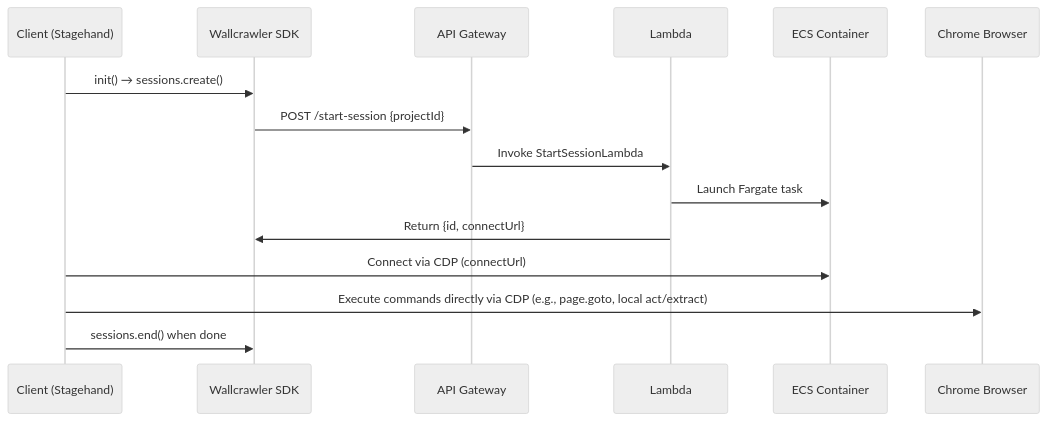
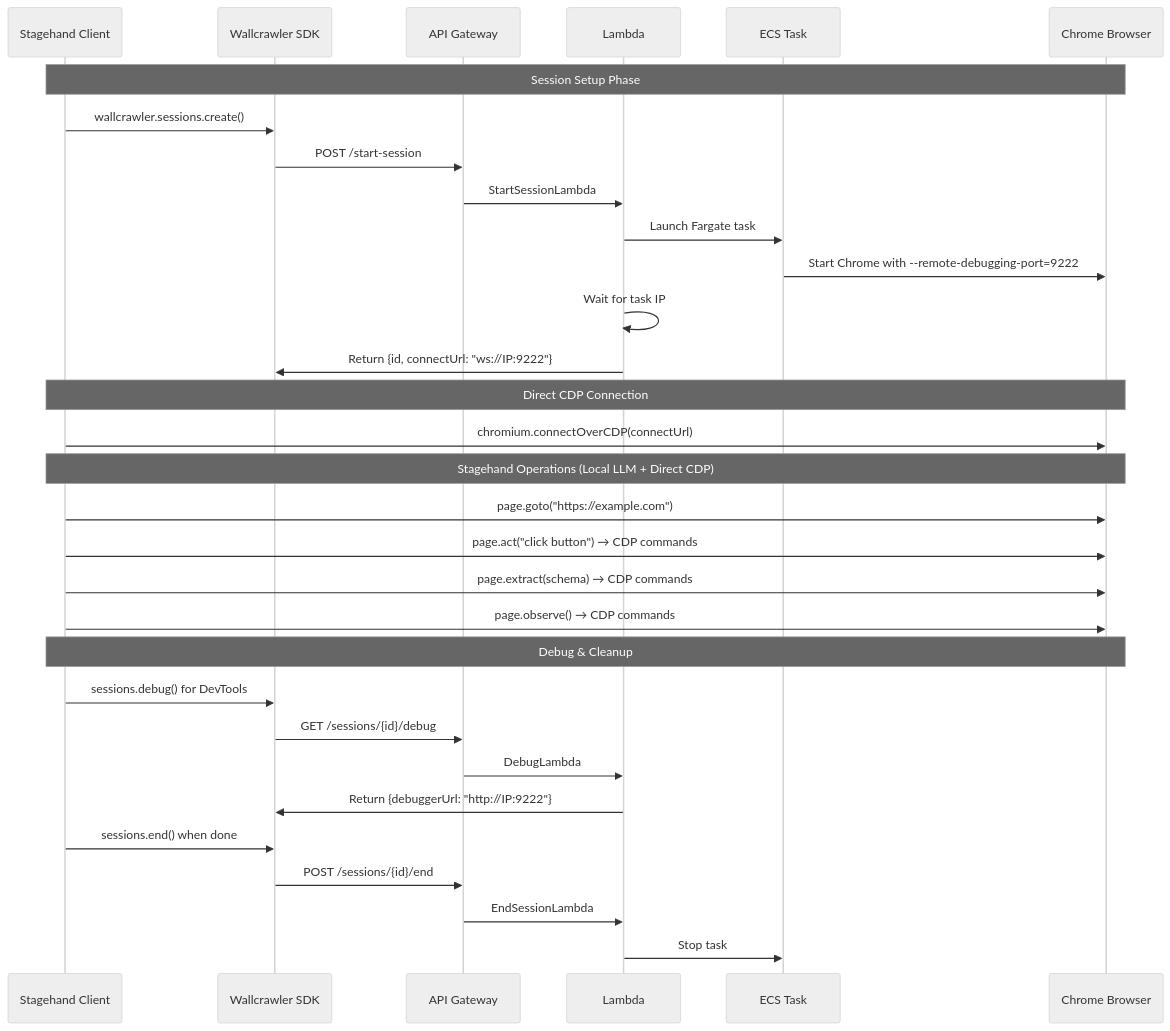
One commit to Volpestyle/wallcrawler changed the third of 3 diagrams in docs/wallcrawler-design-doc.md. Above: the diagram before and after it, drawn with Mermaid (neutral theme). The commit also changed other lines of this file and 12 other files, not shown here.

Commit message:
add backend go package for lambdas and  ecs controller, focusing on direct mode support

````diff
--- a/docs/wallcrawler-design-doc.md
+++ b/docs/wallcrawler-design-doc.md
@@ -210,20 +210,38 @@
 ```mermaid
 sequenceDiagram
-    participant Client as Client (Stagehand)
+    participant Client as Stagehand Client
     participant SDK as Wallcrawler SDK
     participant API as API Gateway
     participant Lambda as Lambda
-    participant ECS as ECS Container
+    participant ECS as ECS Task
     participant Chrome as Chrome Browser
 
-    Client->>SDK: init() → sessions.create()
-    SDK->>API: POST /start-session {projectId}
-    API->>Lambda: Invoke StartSessionLambda
+    Note over Client,Chrome: Session Setup Phase
+    Client->>SDK: wallcrawler.sessions.create()
+    SDK->>API: POST /start-session
+    API->>Lambda: StartSessionLambda
     Lambda->>ECS: Launch Fargate task
-    Lambda->>SDK: Return {id, connectUrl}
+    ECS->>Chrome: Start Chrome with --remote-debugging-port=9222
+    Lambda->>Lambda: Wait for task IP
+    Lambda->>SDK: Return {id, connectUrl: "ws://IP:9222"}
 
-    Client->>ECS: Connect via CDP (connectUrl)
-    Client->>Chrome: Execute commands directly via CDP (e.g., page.goto, local act/extract)
+    Note over Client,Chrome: Direct CDP Connection
+    Client->>Chrome: chromium.connectOverCDP(connectUrl)
+
+    Note over Client,Chrome: Stagehand Operations (Local LLM + Direct CDP)
+    Client->>Chrome: page.goto("https://example.com")
+    Client->>Chrome: page.act("click button") → CDP commands
+    Client->>Chrome: page.extract(schema) → CDP commands
+    Client->>Chrome: page.observe() → CDP commands
+
+    Note over Client,Chrome: Debug & Cleanup
+    Client->>SDK: sessions.debug() for DevTools
+    SDK->>API: GET /sessions/{id}/debug
+    API->>Lambda: DebugLambda
+    Lambda->>SDK: Return {debuggerUrl: "http://IP:9222"}
 
     Client->>SDK: sessions.end() when done
+    SDK->>API: POST /sessions/{id}/end
+    API->>Lambda: EndSessionLambda
+    Lambda->>ECS: Stop task
 ```
````
